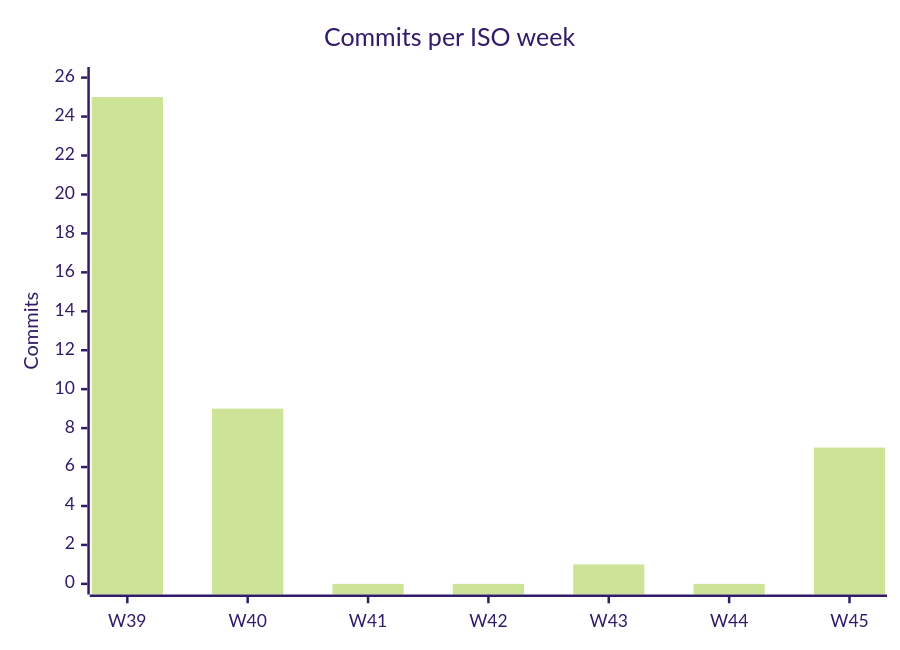
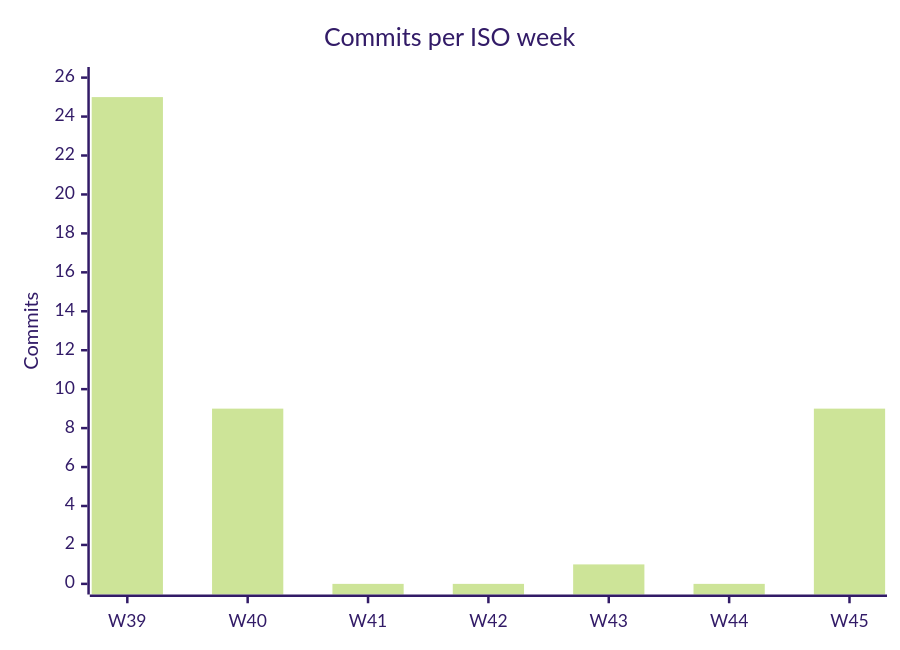
The second of 2 diagrams in droid-wiki/by-the-numbers.md (factory-aj-pahl/mockingbird-bank), drawn with Mermaid (forest theme) before and after one commit. The commit also changed other lines of this file and 21 other files, not shown here.

````diff
--- a/droid-wiki/by-the-numbers.md
+++ b/droid-wiki/by-the-numbers.md
@@ -62,7 +63,7 @@
 ```mermaid
 xychart-beta
     title "Commits per ISO week"
     x-axis ["W39", "W40", "W41", "W42", "W43", "W44", "W45"]
     y-axis "Commits" 0 --> 26
-    bar [25, 9, 0, 0, 1, 0, 7]
+    bar [25, 9, 0, 0, 1, 0, 9]
 ```
````
